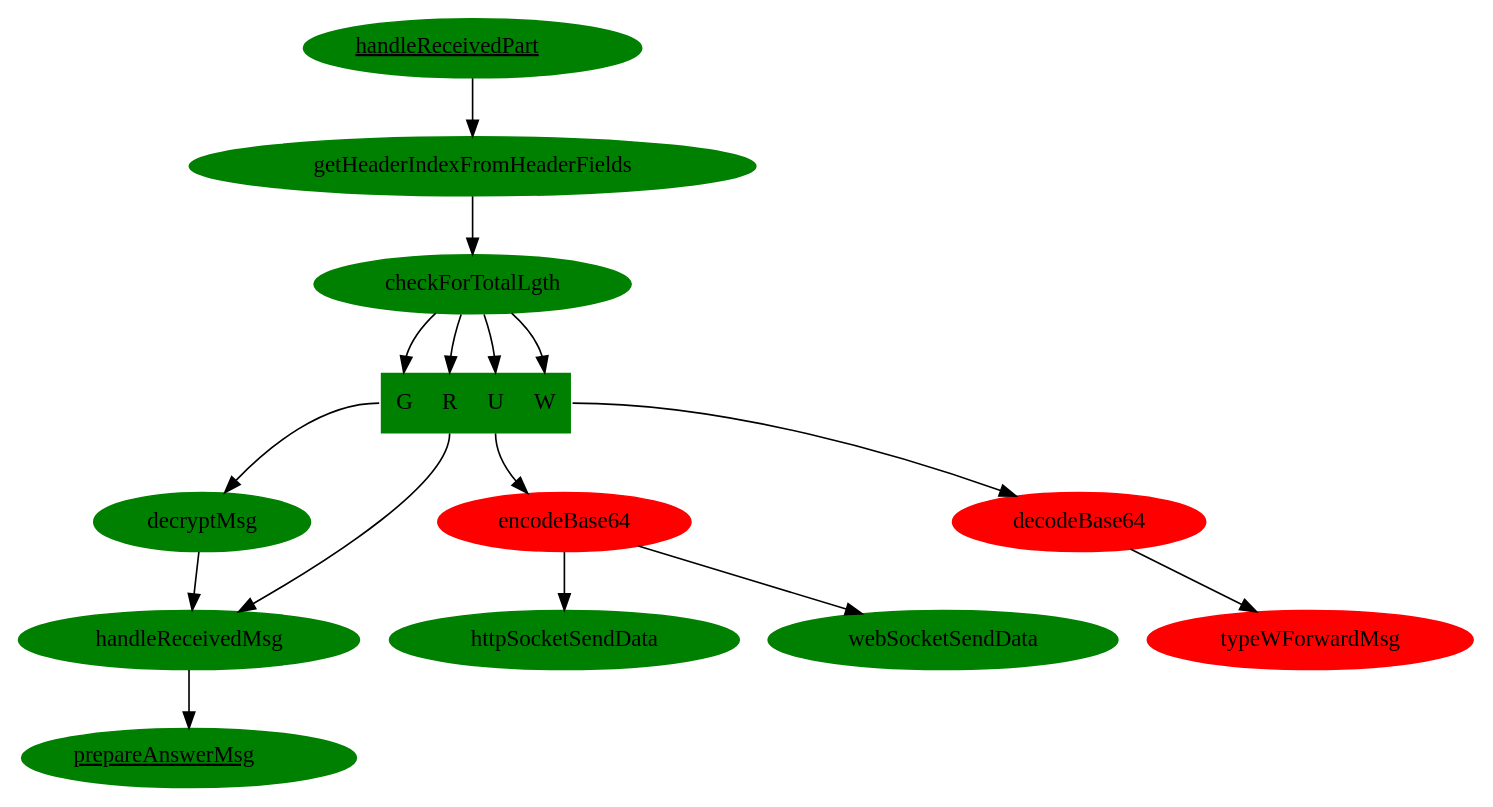
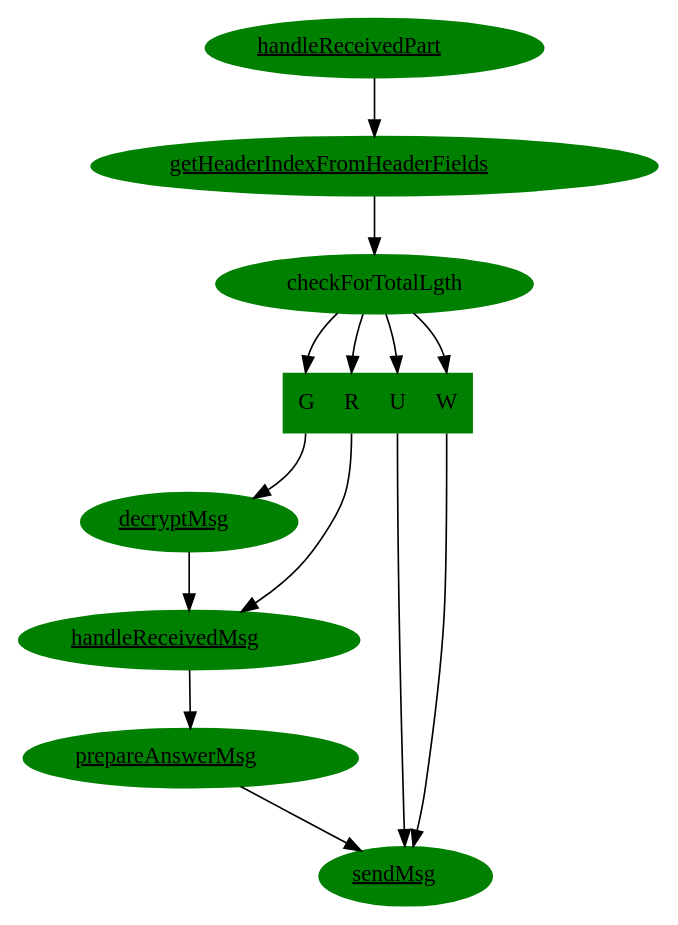
Before and after one commit to apwiede/nodemcu: the diagram in dot_files/grp_handleReceivedPart.dot, drawn with Graphviz.

```diff
--- a/dot_files/grp_handleReceivedPart.dot
+++ b/dot_files/grp_handleReceivedPart.dot
@@ -1,29 +1,23 @@
 digraph G3 {
   handleReceivedPart[style="filled", color="green", label=<<u>handleReceivedPart</u>> URL="\ref handleReceivedPart"];
-  getHeaderIndexFromHeaderFields[style="filled", color="green"];
+  getHeaderIndexFromHeaderFields[style="filled", color="green", label=<<u>getHeaderIndexFromHeaderFields</u>> URL="\ref getHeaderIndexFromHeaderFields"];
   handleReceivedPart -> getHeaderIndexFromHeaderFields;
   getHeaderIndexFromHeaderFields -> checkForTotalLgth;
   checkForTotalLgth[style="filled", color="green"];
   checkForTotalLgth -> selectPath:f0;
   checkForTotalLgth -> selectPath:f1;
   checkForTotalLgth -> selectPath:f2;
   checkForTotalLgth -> selectPath:f3;
   selectPath [style="filled", color="green", shape=record, label="<f0> G|<f1> R|<f2> U|<f3> W"];
   selectPath:f0 -> decryptMsg;
   selectPath:f1 -> handleReceivedMsg;
-  encodeBase64[style="filled", color="red"];
-  selectPath:f2 -> encodeBase64;
-  decodeBase64[style="filled", color="red"];
-  selectPath:f3 -> decodeBase64;
-  httpSocketSendData[style="filled", color="green"];
-  webSocketSendData[style="filled", color="green"];
-  encodeBase64 -> httpSocketSendData;
-  encodeBase64 -> webSocketSendData;
-  typeWForwardMsg[style="filled", color="red"];
-  decodeBase64 -> typeWForwardMsg;
-  decryptMsg[style="filled", color="green"];
+  selectPath:f2 -> sendMsg;
+  selectPath:f3 -> sendMsg;
+  decryptMsg[style="filled", color="green", label=<<u>decryptMsg</u>> URL="\ref decryptMsg"];
   decryptMsg -> handleReceivedMsg;
-  handleReceivedMsg[style="filled", color="green"];
+  handleReceivedMsg[style="filled", color="green", label=<<u>handleReceivedMsg</u>> URL="\ref handleReceivedMsg"];
   handleReceivedMsg -> prepareAnswerMsg;
   prepareAnswerMsg[style="filled", color="green", label=<<u>prepareAnswerMsg</u>> URL="\ref prepareAnswerMsg"];
+  prepareAnswerMsg -> sendMsg
+  sendMsg[style="filled", color="green", label=<<u>sendMsg</u>> URL="\ref sendMsg"];
 }  
```
